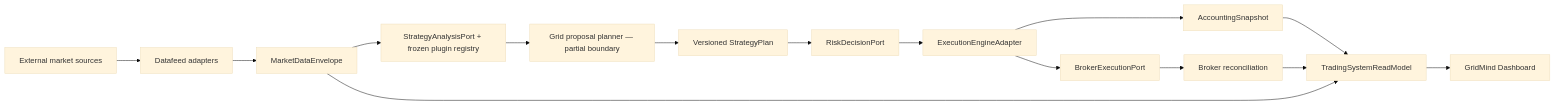
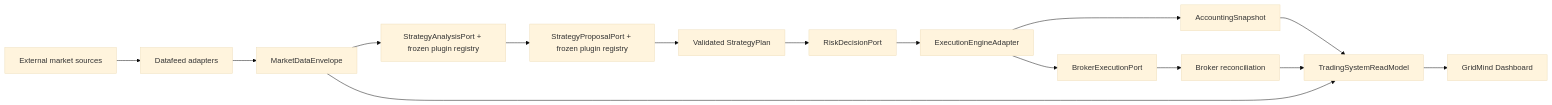
The diagram in docs/trading-system-ports-and-adapters-audit-2026-07-18.md (zinan92/trading-system), drawn with Mermaid (base theme) before and after one commit. The commit also changed other lines of this file and 1 other file, not shown here.

Commit message:
test(architecture): freeze proposal plugin boundary

````diff
--- a/docs/trading-system-ports-and-adapters-audit-2026-07-18.md
+++ b/docs/trading-system-ports-and-adapters-audit-2026-07-18.md
@@ -41,17 +41,17 @@
 ```mermaid
 flowchart LR
     S["External market sources"] --> DA["Datafeed adapters"]
     DA --> ME["MarketDataEnvelope"]
     ME --> SA["StrategyAnalysisPort + frozen plugin registry"]
-    SA --> GP["Grid proposal planner — partial boundary"]
-    GP --> SP["Versioned StrategyPlan"]
+    SA --> PP["StrategyProposalPort + frozen plugin registry"]
+    PP --> SP["Validated StrategyPlan"]
     SP --> RP["RiskDecisionPort"]
     RP --> EP["ExecutionEngineAdapter"]
     EP --> AP["AccountingSnapshot"]
     EP --> BP["BrokerExecutionPort"]
     BP --> BR["Broker reconciliation"]
     AP --> RM["TradingSystemReadModel"]
     BR --> RM
     ME --> RM
     RM --> UI["GridMind Dashboard"]
 ```
````
